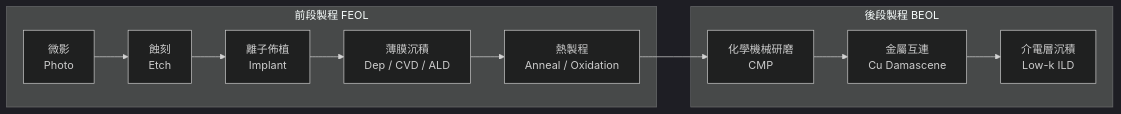
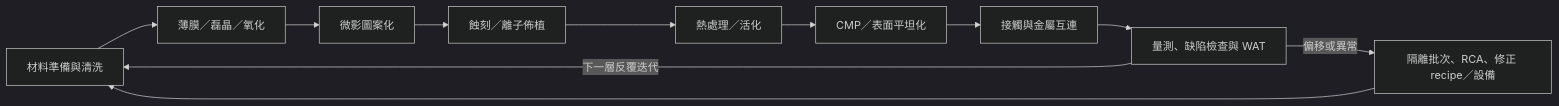
One commit to wizardhsiehcom/book changed the diagram in docs/semi-jobs/06-process-overview.md. Above: the diagram before and after it, drawn with Mermaid (dark theme). The commit also changed other lines of this file and 31 other files, not shown here.

````diff
--- a/docs/semi-jobs/06-process-overview.md
+++ b/docs/semi-jobs/06-process-overview.md
@@ -7,17 +9,13 @@
 ```mermaid
 flowchart LR
-    subgraph "前段製程 FEOL"
-        PHO["微影<br/>Photo"]
-        ETC["蝕刻<br/>Etch"]
-        IMP["離子佈植<br/>Implant"]
-        DEP["薄膜沉積<br/>Dep / CVD / ALD"]
-        ANN["熱製程<br/>Anneal / Oxidation"]
-    end
-    subgraph "後段製程 BEOL"
-        CMP["化學機械研磨<br/>CMP"]
-        MET["金屬互連<br/>Cu Damascene"]
-        DEP2["介電層沉積<br/>Low-k ILD"]
-    end
-    PHO --> ETC --> IMP --> DEP --> ANN
-    ANN --> CMP --> MET --> DEP2
+    MAT["材料準備與清洗"] --> DEP["薄膜／磊晶／氧化"]
+    DEP --> PHO["微影圖案化"]
+    PHO --> ETC["蝕刻／離子佈植"]
+    ETC --> ANN["熱處理／活化"]
+    ANN --> CMP["CMP／表面平坦化"]
+    CMP --> MET["接觸與金屬互連"]
+    MET --> INS["量測、缺陷檢查與 WAT"]
+    INS -->|"下一層反覆迭代"| MAT
+    INS -->|"偏移或異常"| RCA["隔離批次、RCA、修正 recipe／設備"]
+    RCA --> MAT
 ```
````
